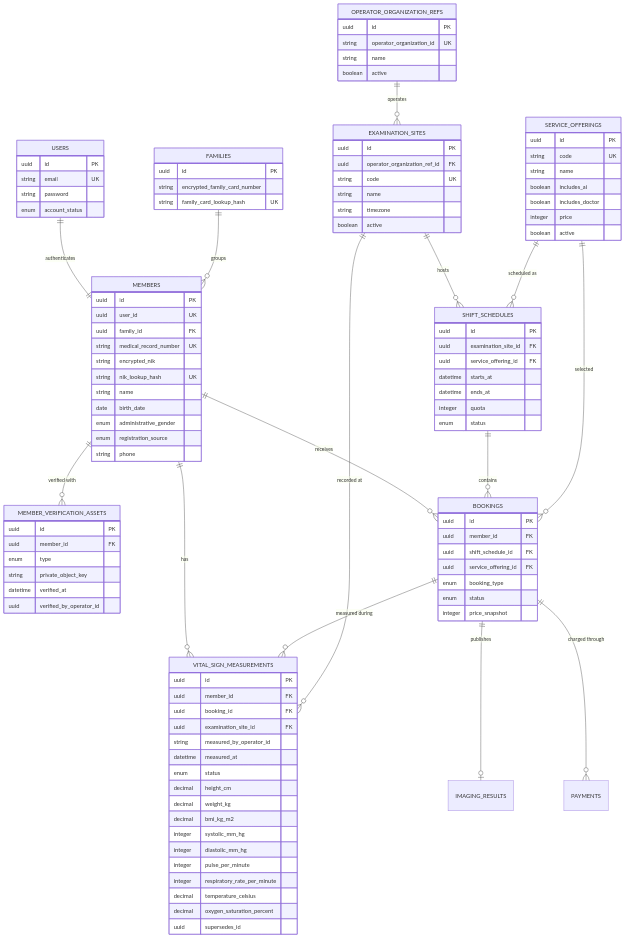
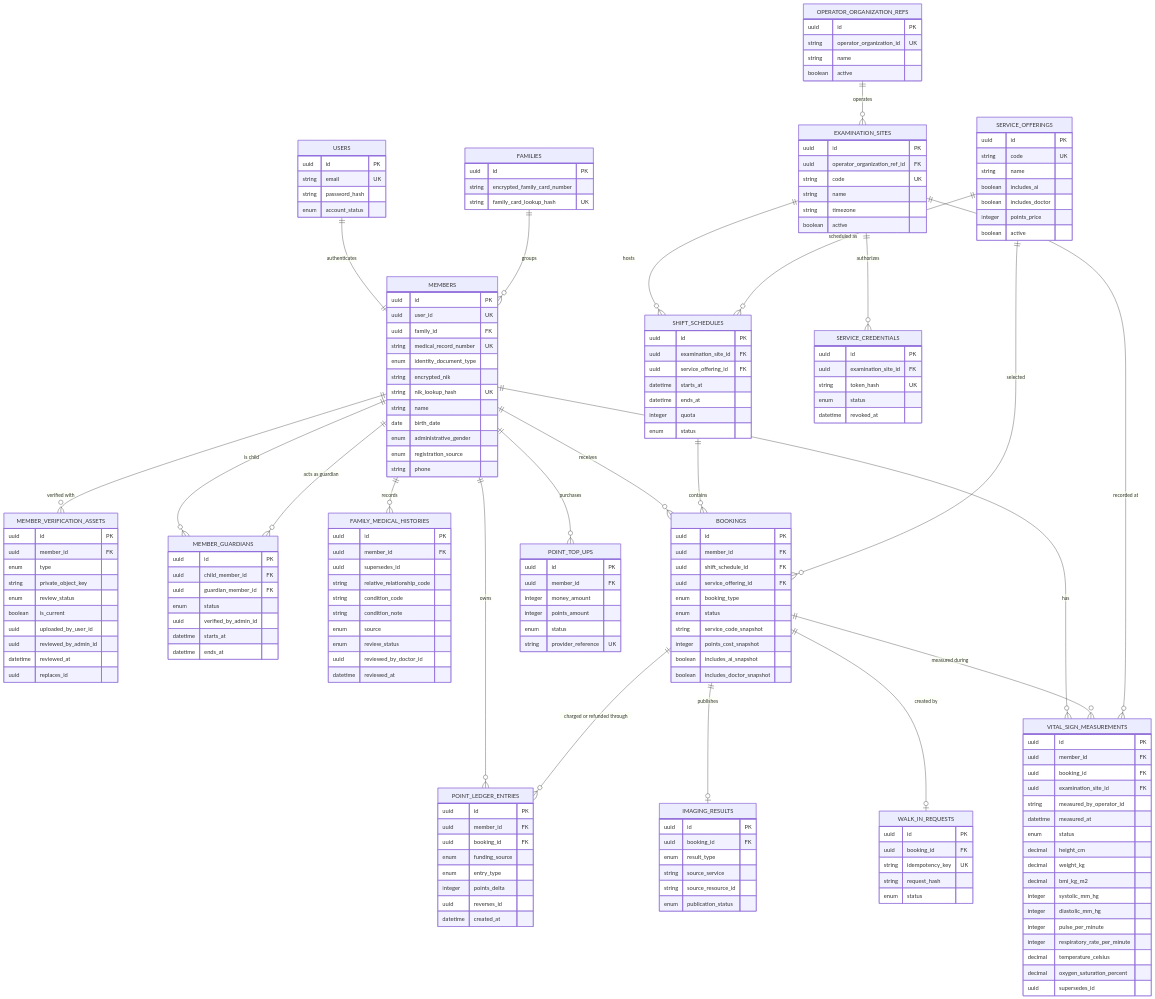
One commit to Madeena-software/mhcs-business-docs changed the diagram in docs/technical/mhcs-member-core/project.md. Above: the diagram before and after it, drawn with Mermaid. The commit also changed other lines of this file, not shown here.

Commit message:
refactor: Enhance member registration and identity management documentation

```diff
--- a/docs/technical/mhcs-member-core/project.md
+++ b/docs/technical/mhcs-member-core/project.md
@@ -163,14 +219,21 @@
     USERS ||--|| MEMBERS : "authenticates"
     FAMILIES ||--o{ MEMBERS : "groups"
     MEMBERS ||--o{ MEMBER_VERIFICATION_ASSETS : "verified with"
+    MEMBERS ||--o{ MEMBER_GUARDIANS : "is child"
+    MEMBERS ||--o{ MEMBER_GUARDIANS : "acts as guardian"
+    MEMBERS ||--o{ FAMILY_MEDICAL_HISTORIES : "records"
     OPERATOR_ORGANIZATION_REFS ||--o{ EXAMINATION_SITES : "operates"
     EXAMINATION_SITES ||--o{ SHIFT_SCHEDULES : "hosts"
+    EXAMINATION_SITES ||--o{ SERVICE_CREDENTIALS : "authorizes"
     SERVICE_OFFERINGS ||--o{ SHIFT_SCHEDULES : "scheduled as"
     MEMBERS ||--o{ BOOKINGS : "receives"
     SHIFT_SCHEDULES ||--o{ BOOKINGS : "contains"
     SERVICE_OFFERINGS ||--o{ BOOKINGS : "selected"
-    BOOKINGS ||--o{ PAYMENTS : "charged through"
+    MEMBERS ||--o{ POINT_TOP_UPS : "purchases"
+    MEMBERS ||--o{ POINT_LEDGER_ENTRIES : "owns"
+    BOOKINGS ||--o{ POINT_LEDGER_ENTRIES : "charged or refunded through"
     BOOKINGS ||--o| IMAGING_RESULTS : "publishes"
+    BOOKINGS ||--o| WALK_IN_REQUESTS : "created by"
     MEMBERS ||--o{ VITAL_SIGN_MEASUREMENTS : "has"
     BOOKINGS ||--o{ VITAL_SIGN_MEASUREMENTS : "measured during"
     EXAMINATION_SITES ||--o{ VITAL_SIGN_MEASUREMENTS : "recorded at"
@@ -178,7 +241,7 @@
     USERS {
         uuid id PK
         string email UK
-        string password
+        string password_hash
         enum account_status
     }
 
@@ -187,6 +250,7 @@
         uuid user_id UK
         uuid family_id FK
         string medical_record_number UK
+        enum identity_document_type
         string encrypted_nik
         string nik_lookup_hash UK
         string name
@@ -207,8 +271,35 @@
         uuid member_id FK
         enum type
         string private_object_key
-        datetime verified_at
-        uuid verified_by_operator_id
+        enum review_status
+        boolean is_current
+        uuid uploaded_by_user_id
+        uuid reviewed_by_admin_id
+        datetime reviewed_at
+        uuid replaces_id
+    }
+
+    MEMBER_GUARDIANS {
+        uuid id PK
+        uuid child_member_id FK
+        uuid guardian_member_id FK
+        enum status
+        uuid verified_by_admin_id
+        datetime starts_at
+        datetime ends_at
+    }
+
+    FAMILY_MEDICAL_HISTORIES {
+        uuid id PK
+        uuid member_id FK
+        uuid supersedes_id
+        string relative_relationship_code
+        string condition_code
+        string condition_note
+        enum source
+        enum review_status
+        uuid reviewed_by_doctor_id
+        datetime reviewed_at
     }
 
     OPERATOR_ORGANIZATION_REFS {
@@ -227,13 +318,21 @@
         boolean active
     }
 
+    SERVICE_CREDENTIALS {
+        uuid id PK
+        uuid examination_site_id FK
+        string token_hash UK
+        enum status
+        datetime revoked_at
+    }
+
     SERVICE_OFFERINGS {
         uuid id PK
         string code UK
         string name
         boolean includes_ai
         boolean includes_doctor
-        integer price
+        integer points_price
         boolean active
     }
 
@@ -254,7 +353,47 @@
         uuid service_offering_id FK
         enum booking_type
         enum status
-        integer price_snapshot
+        string service_code_snapshot
+        integer points_cost_snapshot
+        boolean includes_ai_snapshot
+        boolean includes_doctor_snapshot
+    }
+
+    POINT_TOP_UPS {
+        uuid id PK
+        uuid member_id FK
+        integer money_amount
+        integer points_amount
+        enum status
+        string provider_reference UK
+    }
+
+    POINT_LEDGER_ENTRIES {
+        uuid id PK
+        uuid member_id FK
+        uuid booking_id FK
+        enum funding_source
+        enum entry_type
+        integer points_delta
+        uuid reverses_id
+        datetime created_at
+    }
+
+    IMAGING_RESULTS {
+        uuid id PK
+        uuid booking_id FK
+        enum result_type
+        string source_service
+        string source_resource_id
+        enum publication_status
+    }
+
+    WALK_IN_REQUESTS {
+        uuid id PK
+        uuid booking_id FK
+        string idempotency_key UK
+        string request_hash
+        enum status
     }
 
     VITAL_SIGN_MEASUREMENTS {
```
